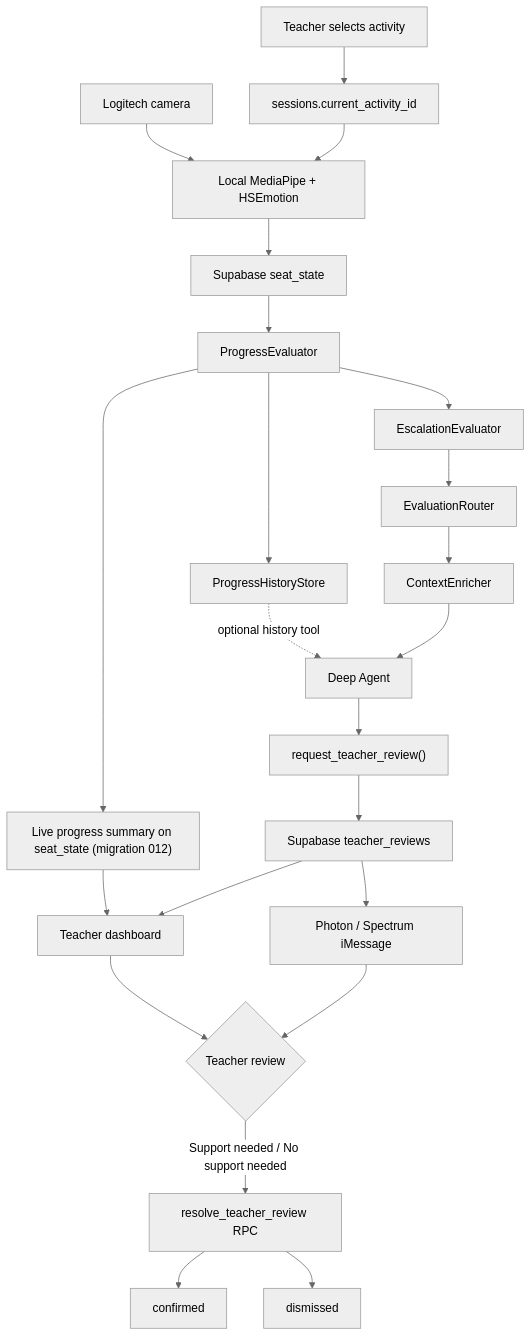
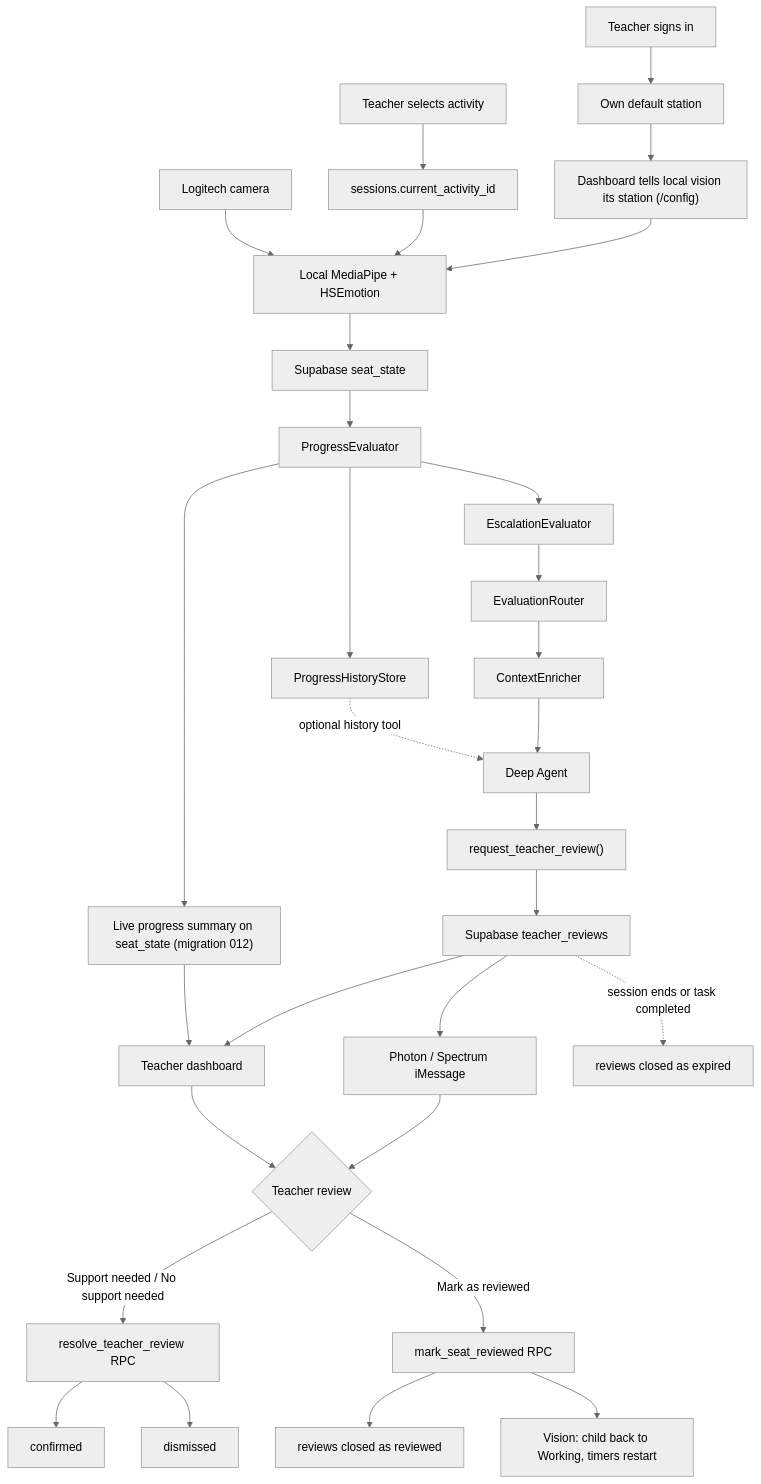
The diagram in README.md (keithw24/cues), drawn with Mermaid (neutral theme) before and after one commit. The commit also changed other lines of this file and 30 other files, not shown here.

````diff
--- a/README.md
+++ b/README.md
@@ -6,31 +6,40 @@
 ```mermaid
 flowchart TD
     A["Teacher selects activity"] --> B["sessions.current_activity_id"]
 
     C["Logitech camera"] --> D["Local MediaPipe + HSEmotion"]
     B --> D
+
+    T["Teacher signs in"] --> ST["Own default station"]
+    ST --> CF["Dashboard tells local vision its station (/config)"]
+    CF --> D
 
     D --> E["Supabase seat_state"]
     E --> F["ProgressEvaluator"]
     F --> G["ProgressHistoryStore"]
     F --> H["EscalationEvaluator"]
     G -. optional history tool .-> K
     F --> LP["Live progress summary on seat_state (migration 012)"]
     LP --> N
     H --> I["EvaluationRouter"]
     I --> J["ContextEnricher"]
     J --> K["Deep Agent"]
 
     K --> L["request_teacher_review()"]
     L --> M["Supabase teacher_reviews"]
 
     M --> N["Teacher dashboard"]
     M --> O["Photon / Spectrum iMessage"]
 
     N --> P{"Teacher review"}
     O --> P
 
     P -->|Support needed / No support needed| S["resolve_teacher_review RPC"]
     S --> Q["confirmed"]
     S --> R["dismissed"]
+
+    P -->|Mark as reviewed| MR["mark_seat_reviewed RPC"]
+    MR --> RV["reviews closed as reviewed"]
+    MR --> V["Vision: child back to Working, timers restart"]
+    M -. session ends or task completed .-> EX["reviews closed as expired"]
 ```
````
